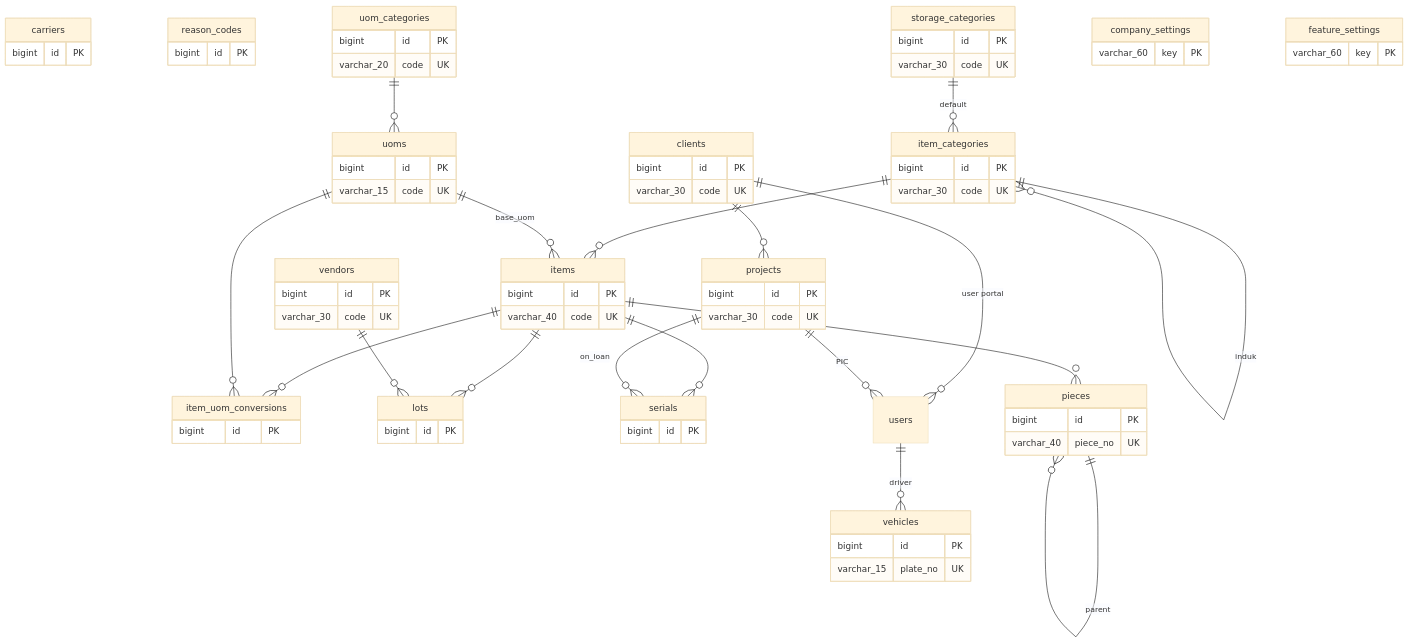
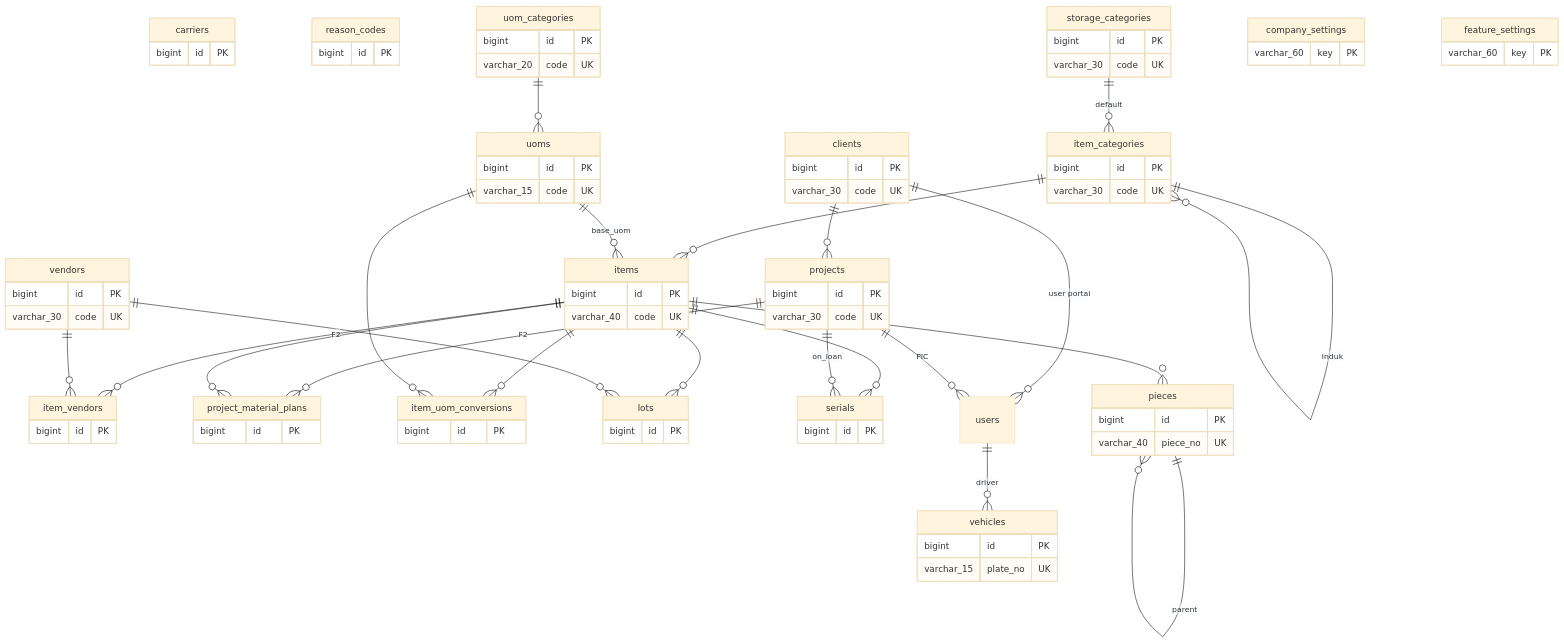
One commit to HengkyDarmawan/wms changed the third of 4 diagrams in docs/wms/08a-model-data-inti.md. Above: the diagram before and after it, drawn with Mermaid (base theme). The commit also changed other lines of this file and 967 other files, not shown here.

````diff
--- a/docs/wms/08a-model-data-inti.md
+++ b/docs/wms/08a-model-data-inti.md
@@ -215,6 +215,12 @@
   vendors {
     bigint id PK
     varchar_30 code UK
+  }
+  item_vendors {
+    bigint id PK
+  }
+  project_material_plans {
+    bigint id PK
   }
   vehicles {
     bigint id PK
@@ -282,4 +288,8 @@
   vendors ||--o{ lots : " "
   projects ||--o{ serials : "on_loan"
   users ||--o{ vehicles : "driver"
+  items ||--o{ item_vendors : " "
+  vendors ||--o{ item_vendors : " "
+  projects ||--o{ project_material_plans : "F2"
+  items ||--o{ project_material_plans : "F2"
 ```
````
